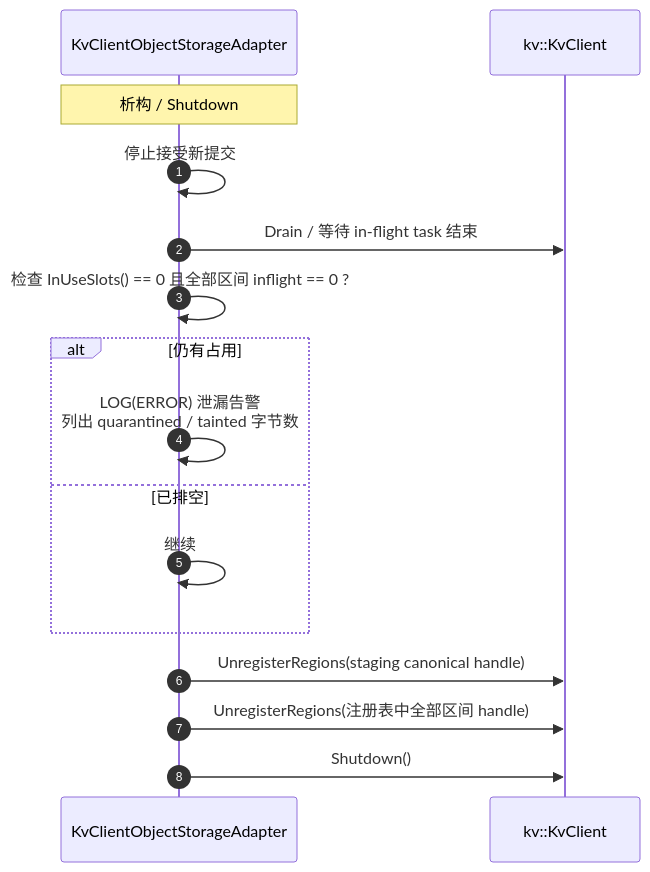
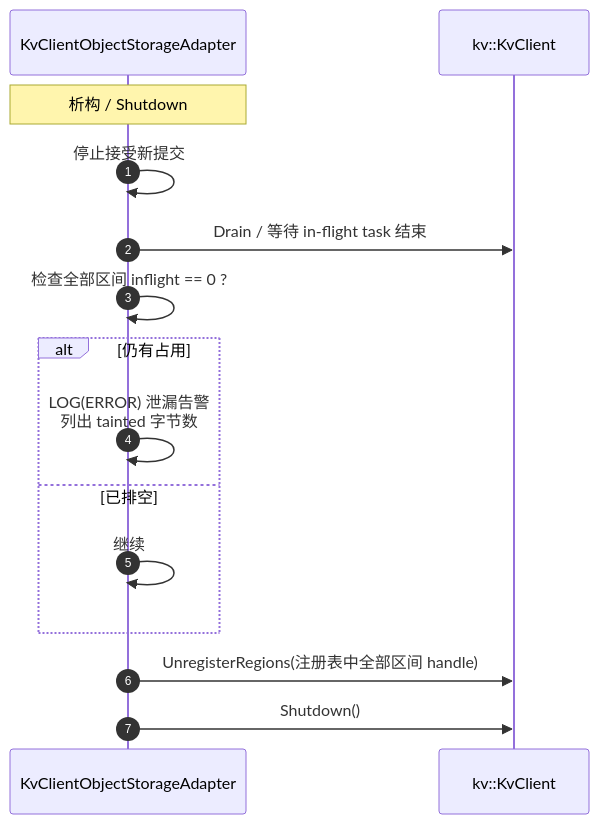
Before and after one commit to zwj20000328-dotcom/Mooncake-documents: diagram 13 of 13 in Mooncake + KVClient L3 接入（Kvcs）- v3.md, drawn with Mermaid. The commit also changed other lines of this file, not shown here.

First line of the commit message:
docs: drop staging fallback and mirror ASUStore buffer registration

````diff
--- a/Mooncake + KVClient L3 接入（Kvcs）- v3.md
+++ b/Mooncake + KVClient L3 接入（Kvcs）- v3.md
@@ -795,19 +773,18 @@
 ```mermaid
 sequenceDiagram
     autonumber
     participant AD as KvClientObjectStorageAdapter
     participant SDK as kv::KvClient
 
     Note over AD: 析构 / Shutdown
     AD->>AD: 停止接受新提交
     AD->>SDK: Drain / 等待 in-flight task 结束
-    AD->>AD: 检查 InUseSlots() == 0 且全部区间 inflight == 0 ?
+    AD->>AD: 检查全部区间 inflight == 0 ?
     alt 仍有占用
-        AD->>AD: LOG(ERROR) 泄漏告警<br/>列出 quarantined / tainted 字节数
+        AD->>AD: LOG(ERROR) 泄漏告警<br/>列出 tainted 字节数
     else 已排空
         AD->>AD: 继续
     end
-    AD->>SDK: UnregisterRegions(staging canonical handle)
     AD->>SDK: UnregisterRegions(注册表中全部区间 handle)
     AD->>SDK: Shutdown()
 ```
````
